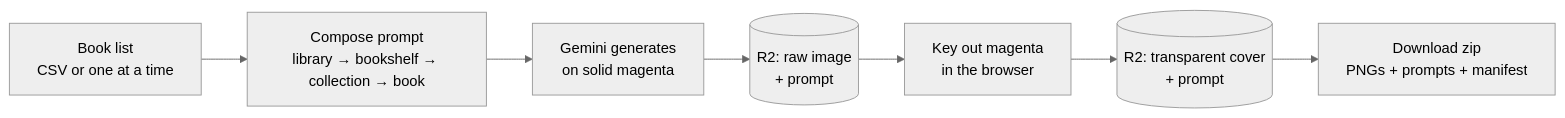
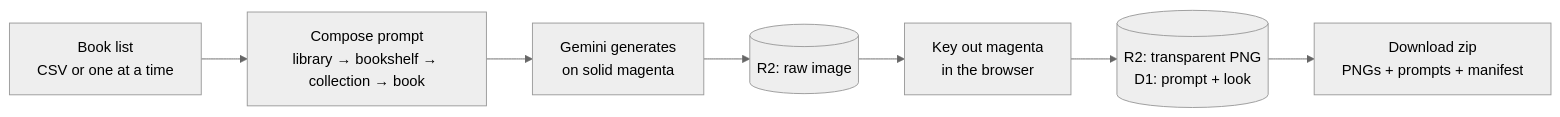
Before and after one commit to chadananda/Bindery-Cover-Generator: the diagram in README.md, drawn with Mermaid (neutral theme). The commit also changed other lines of this file and 15 other files, not shown here.

````diff
--- a/README.md
+++ b/README.md
@@ -22,9 +22,9 @@
 ```mermaid
 flowchart LR
   A[Book list<br/>CSV or one at a time] --> B[Compose prompt<br/>library → bookshelf → collection → book]
   B --> C[Gemini generates<br/>on solid magenta]
-  C --> D[(R2: raw image<br/>+ prompt)]
+  C --> D[(R2: raw image)]
   D --> E[Key out magenta<br/>in the browser]
-  E --> F[(R2: transparent cover<br/>+ prompt)]
+  E --> F[(R2: transparent PNG<br/>D1: prompt + look)]
   F --> G[Download zip<br/>PNGs + prompts + manifest]
 ```
````
